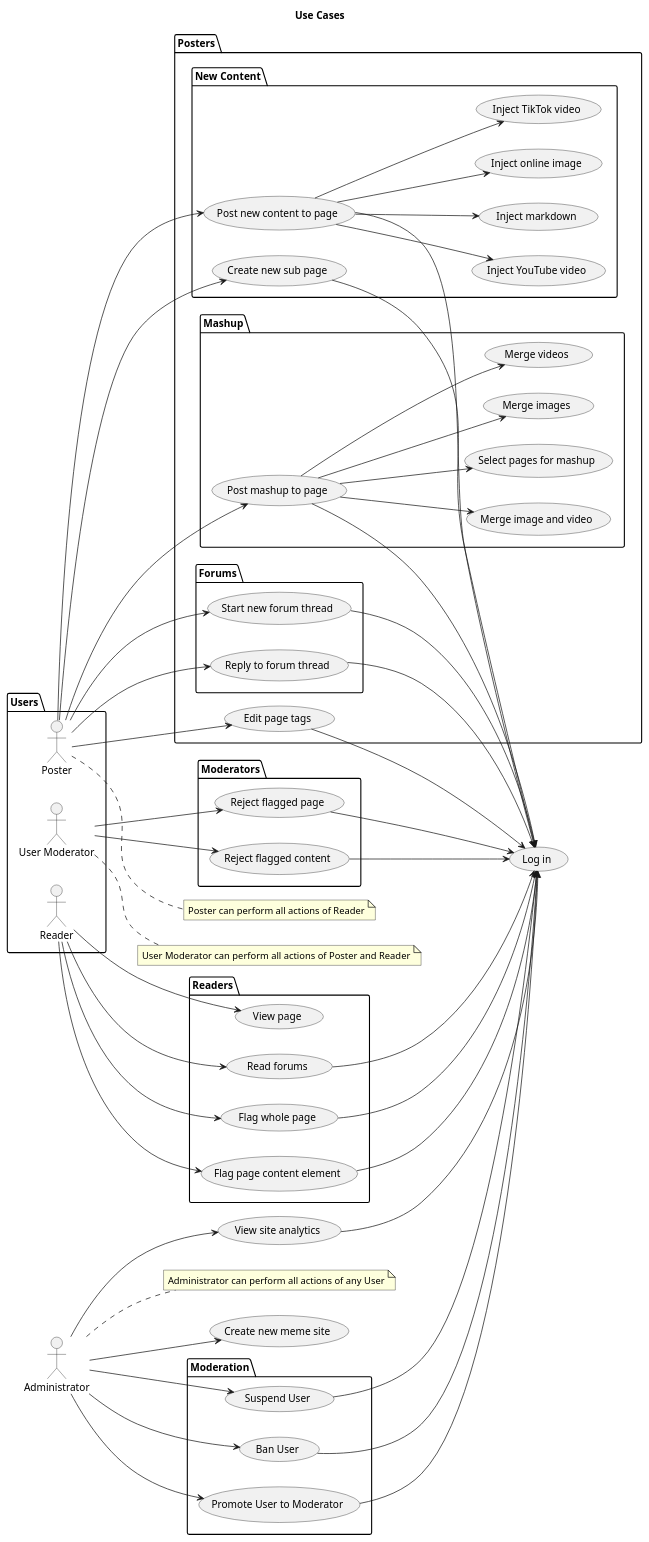
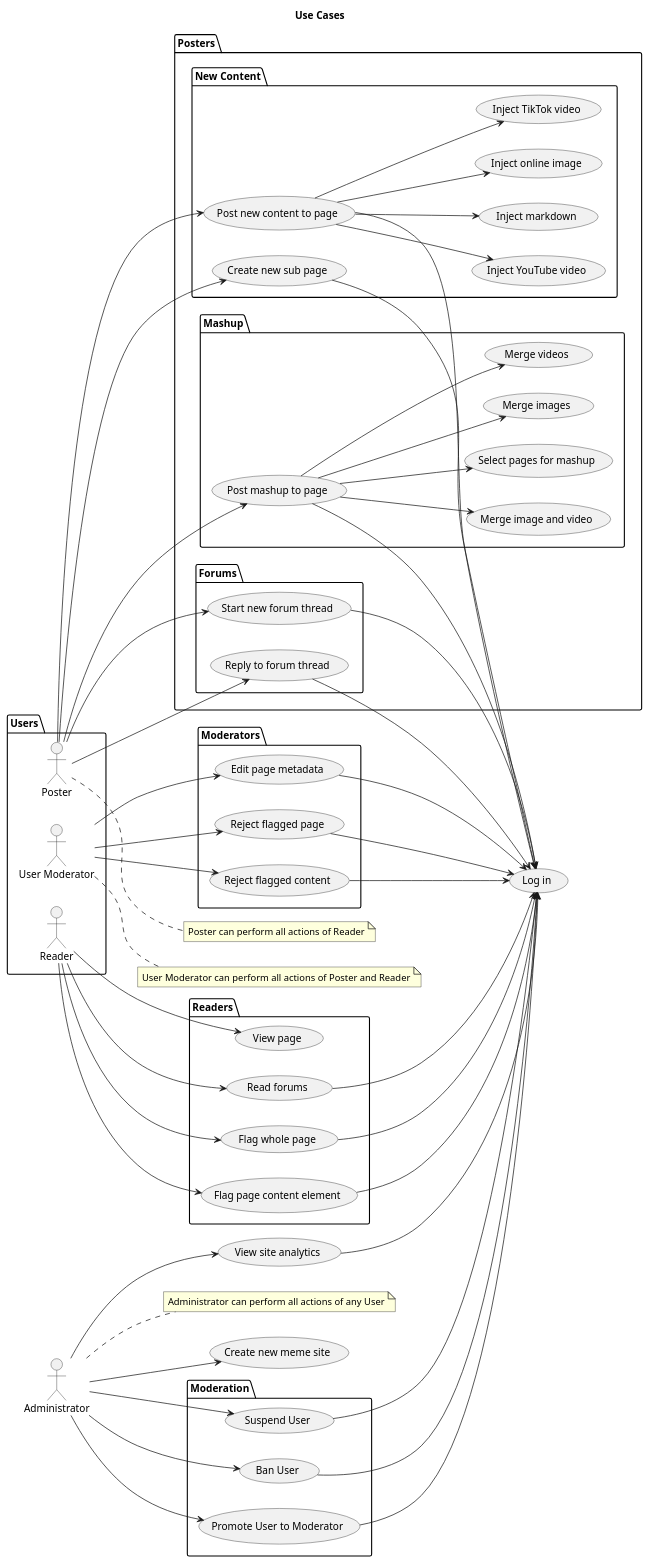
The diagram in cheezborger/usecases.puml (gowland/architecture-katas), drawn with PlantUML before and after one commit. The commit also changed 1 other file, not shown here.

Commit message:
Remove concept of page tags; add concept of page metadata editable by mods

```diff
--- a/cheezborger/usecases.puml
+++ b/cheezborger/usecases.puml
@@ -1,125 +1,125 @@
 @startuml
 title Use Cases
 left to right direction
 
 package "Users" {
     :Reader: as reader
     :Poster: as poster
     :User Moderator: as mod
 }
 
 ' Readers
 
 (Log in) as login
 
 package "Readers" {
     (View page) as readPage
     (Flag whole page) as flagPage
     (Flag page content element) as flagContent
     (Read forums) as readForums
 }
 
 reader --> readPage
 reader --> flagPage
 reader --> flagContent
 reader --> readForums
 
 flagPage --> login
 flagContent --> login
 readForums --> login
 
 ' Posters
 
 note right of poster
     Poster can perform all actions of Reader
 end note
 
 package "Posters" {
     package "Forums" {
         (Start new forum thread) as startThread
         (Reply to forum thread) as replyThread
     }
     package "New Content" {
         (Post new content to page) as postContent
         (Create new sub page) as createPage
         (Inject online image) as image
         postContent --> image
         (Inject TikTok video) as tiktok
         postContent --> tiktok
         (Inject YouTube video) as youtube
         postContent --> youtube
         (Inject markdown) as markdown
         postContent --> markdown
     }
     package "Mashup" {
         (Post mashup to page) as createMashupPage
         (Merge images) as mashupImages
         (Merge videos) as mashupVideos
         (Merge image and video) as mashupImageVideo
         createMashupPage --> mashupImages
         createMashupPage --> mashupVideos
         createMashupPage --> mashupImageVideo
         (Select pages for mashup) as selectPages
     }
-    (Edit page tags) as editTags
 }
 
 poster --> postContent
 poster --> createPage
 poster --> createMashupPage
 createMashupPage --> selectPages
-poster --> editTags
 poster --> startThread
 poster --> replyThread
 
 postContent --> login
 createPage --> login
 createMashupPage --> login
-editTags --> login
 startThread --> login
 replyThread --> login
 
 ' Moderators
 
 note right of mod
     User Moderator can perform all actions of Poster and Reader
 end note
 
 package "Moderators" {
     (Reject flagged page) as rejectPage
     (Reject flagged content) as rejectContent
+    (Edit page metadata) as editTags
 }
 
 mod --> rejectPage
 mod --> rejectContent
-
+mod --> editTags
+    
 rejectPage --> login
 rejectContent --> login
+editTags --> login
 
 ' Admin
 
 :Administrator: as admin
 note right of admin
     Administrator can perform all actions of any User
 end note
 
 package "Moderation" {
     (Promote User to Moderator) as promoteUser
     (Suspend User) as suspendUser
     (Ban User) as banUser
 }
 (View site analytics) as viewAnalytics
 (Create new meme site) as createNewSite
 
 admin --> viewAnalytics
 admin --> promoteUser
 admin --> suspendUser
 admin --> banUser
 admin --> createNewSite
 
 viewAnalytics --> login
 promoteUser --> login
 suspendUser --> login
 banUser --> login
 
 @enduml
```
